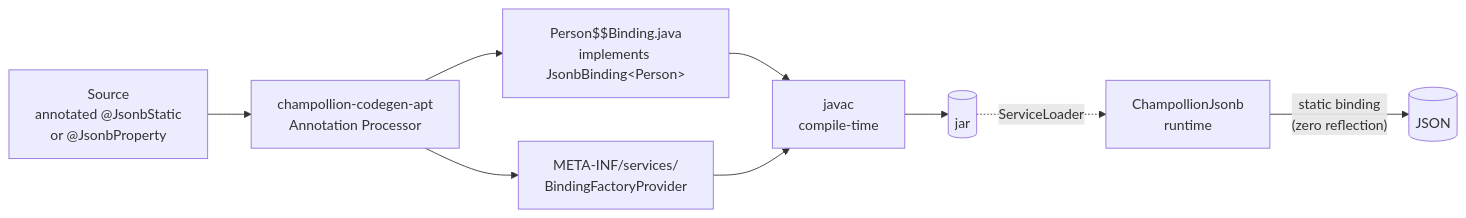
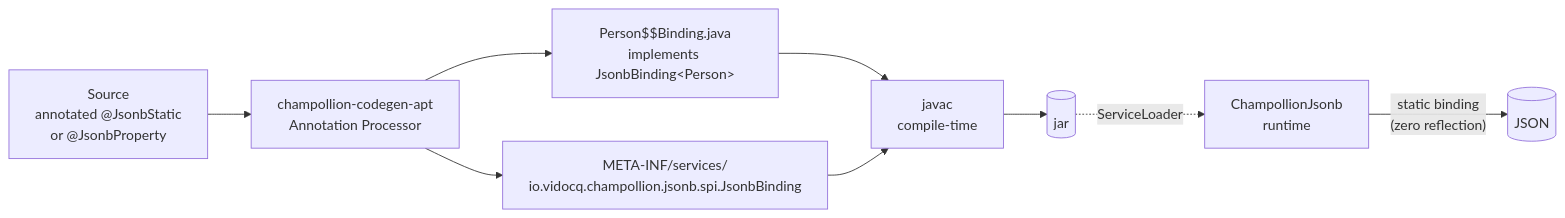
Before and after one commit to vidocq-stack/champollion: the fourth of 4 diagrams in docs/en/modules/ROOT/pages/internals.adoc, drawn with Mermaid. The commit also changed other lines of this file and 7 other files, not shown here.

```diff
--- a/docs/en/modules/ROOT/pages/internals.adoc
+++ b/docs/en/modules/ROOT/pages/internals.adoc
@@ -100,12 +98,12 @@
 [mermaid]
 ....
 flowchart LR
     src[Source<br/>annotated @JsonbStatic<br/>or @JsonbProperty] --> apt[champollion-codegen-apt<br/>Annotation Processor]
     apt --> bind[Person$$Binding.java<br/>implements JsonbBinding&lt;Person&gt;]
-    apt --> svc[META-INF/services/<br/>BindingFactoryProvider]
+    apt --> svc[META-INF/services/<br/>io.vidocq.champollion.jsonb.spi.JsonbBinding]
     bind --> javac[javac<br/>compile-time]
     svc --> javac
     javac --> jar[(jar)]
     jar -. ServiceLoader .-> rt[ChampollionJsonb<br/>runtime]
     rt -- "static binding<br/>(zero reflection)" --> out[(JSON)]
 ....
```
